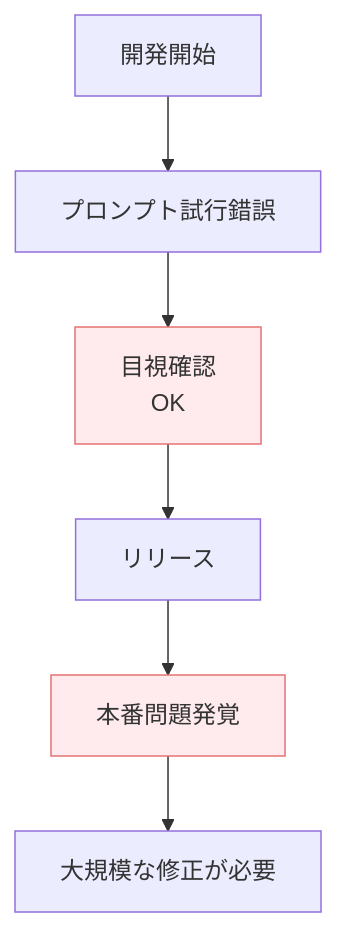
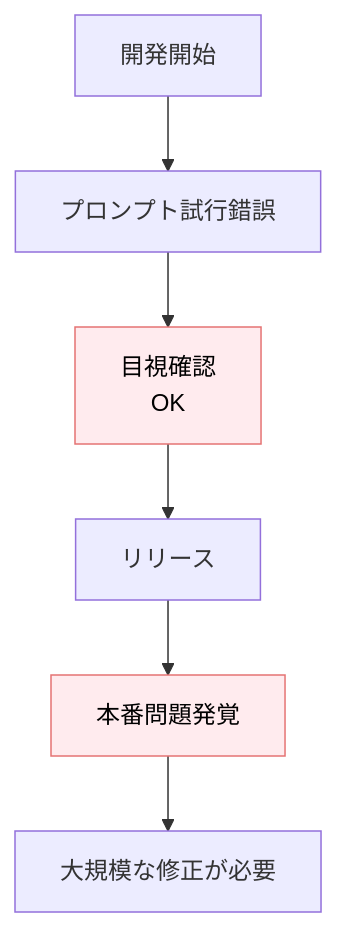
One commit to dinekt/dinekt-wiki changed the first of 2 diagrams in docs/case-studies/評価セットを後回しにしてリリース後に立て直した事例.md. Above: the diagram before and after it, drawn with Mermaid. The commit also changed other lines of this file and 71 other files, not shown here.

First line of the commit message:
fix: mermaid readability + remove GitHub repo toolbar

````diff
--- a/docs/case-studies/評価セットを後回しにしてリリース後に立て直した事例.md
+++ b/docs/case-studies/評価セットを後回しにしてリリース後に立て直した事例.md
@@ -33,11 +33,11 @@
 ```mermaid
 flowchart TD
     S[開発開始] --> T[プロンプト試行錯誤]
     T --> V[目視確認<br/>OK]
     V --> R[リリース]
     R --> P[本番問題発覚]
     P --> RE[大規模な修正が必要]
 
-    style V fill:#ffebee,stroke:#e57373
-    style P fill:#ffebee,stroke:#e57373
+    style V fill:#ffebee,stroke:#e57373,color:#000
+    style P fill:#ffebee,stroke:#e57373,color:#000
 ```
````
